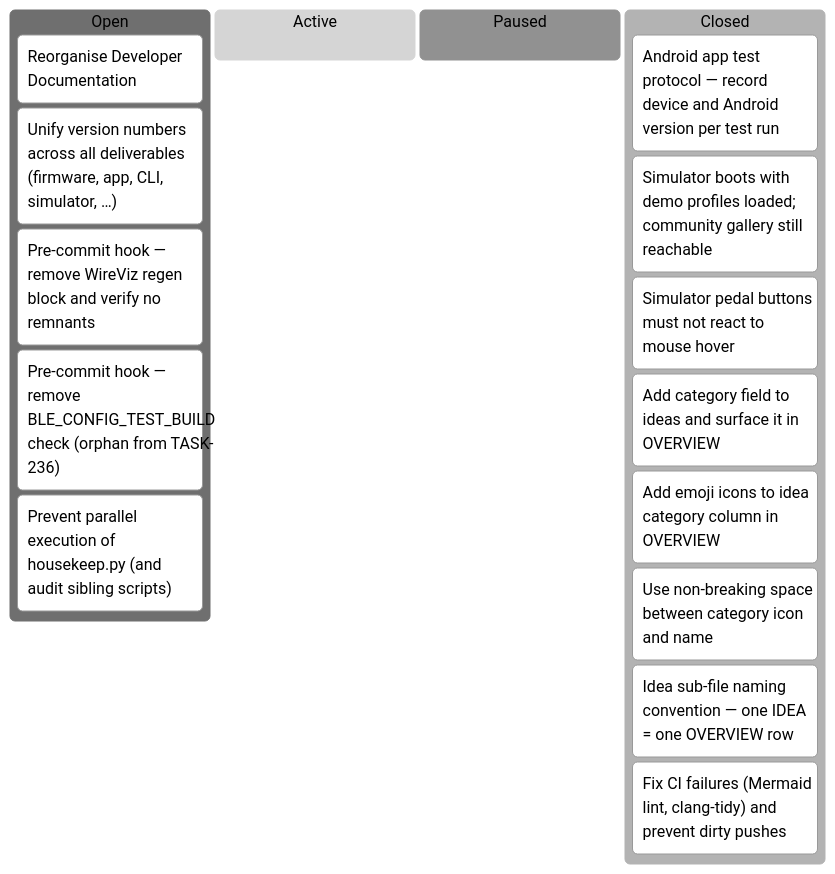
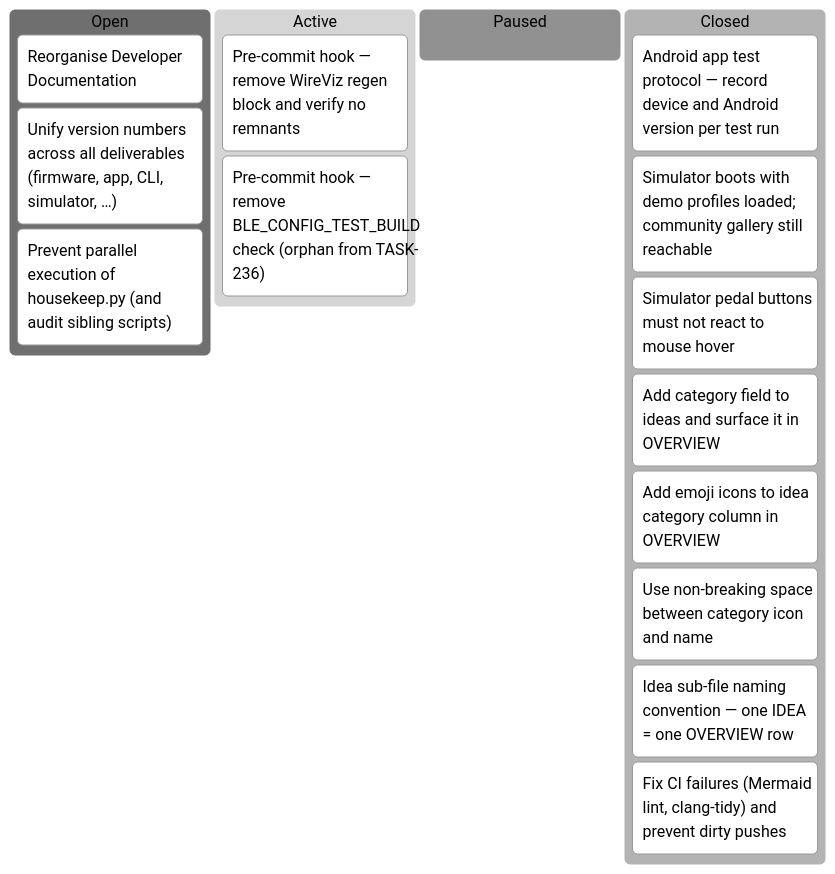
One commit to tgd1975/AwesomeStudioPedal changed the fifth of 5 diagrams in docs/developers/tasks/KANBAN.md. Above: the diagram before and after it, drawn with Mermaid (neutral theme). The commit also changed other lines of this file and 4 other files, not shown here.

````diff
--- a/docs/developers/tasks/KANBAN.md
+++ b/docs/developers/tasks/KANBAN.md
@@ -73,20 +73,20 @@
 ```mermaid
 kanban
   Open
     TASK_148["Reorganise Developer Documentation"]
     TASK_260["Unify version numbers across all deliverables (firmware, app, CLI, simulator, …)"]
+    TASK_328["Prevent parallel execution of housekeep.py (and audit sibling scripts)"]
+  Active
     TASK_319["Pre-commit hook — remove WireViz regen block and verify no remnants"]
     TASK_320["Pre-commit hook — remove BLE_CONFIG_TEST_BUILD check (orphan from TASK-236)"]
-    TASK_328["Prevent parallel execution of housekeep.py (and audit sibling scripts)"]
-  Active
   Paused
   Closed
     TASK_259["Android app test protocol — record device and Android version per test run"]
     TASK_303["Simulator boots with demo profiles loaded; community gallery still reachable"]
     TASK_304["Simulator pedal buttons must not react to mouse hover"]
     TASK_305["Add category field to ideas and surface it in OVERVIEW"]
     TASK_313["Add emoji icons to idea category column in OVERVIEW"]
     TASK_314["Use non-breaking space between category icon and name"]
     TASK_315["Idea sub-file naming convention — one IDEA = one OVERVIEW row"]
     TASK_321["Fix CI failures (Mermaid lint, clang-tidy) and prevent dirty pushes"]
 ```
````
